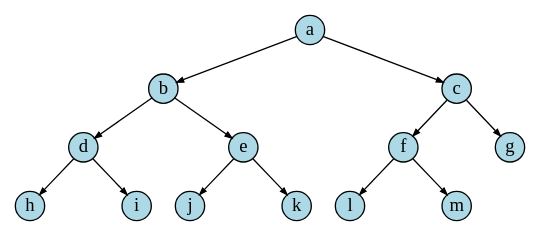
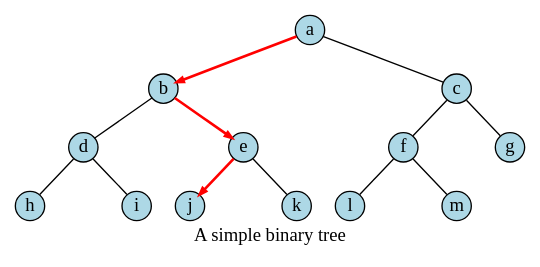
Before and after one commit to DaveParillo/intermediate-cpp: the second of 3 diagrams in _sources/containers/associative-containers.rst, drawn with Graphviz. The commit also changed other lines of this file, not shown here.

Commit message:
added bin tree examples (incomplete)

```diff
--- a/_sources/containers/associative-containers.rst
+++ b/_sources/containers/associative-containers.rst
@@ -142,26 +129,33 @@
 .. digraph:: larger
+   :alt: A tree of height 4
 
-   graph[nodesep=0.25, ranksep=0.3, splines=line];
+   graph [
+          nodesep=0.25, ranksep=0.3, splines=line;
+          labelloc=b;
+          label="A simple binary tree";
+       ];
    node [fontname = "Bitstream Vera Sans", fontsize=14,
          style=filled, fillcolor=lightblue,
          shape=circle, fixedsize=true, width=0.3];
-   edge [weight=1, arrowsize=0.5];
+   edge [weight=1, arrowsize=0.5, dir=none];
 
    a, b, am, c, d, bm, e, f, cm, g, h, dm, i, j, em, k, l, fm, m;
    am, bm, cm, dm, em, fm [style=invis, label=""];
 
-   a->b,c;
+   a->b [color=red, penwidth=2, dir=forward];
+   a->c;
    b->d [weight=2]; // nudge b: trees b & c are not balanced
-   b->e;
+   b->e [color=red, penwidth=2, dir=forward];
    c->f,g;
    d->h,i;
-   e->j,k;
+   e->j [color=red, penwidth=2, dir=forward];
+   e->k;
    f->l,m;
 
    edge [style=invis, weight=100];
    d->dm; 
    e->em;
    b->bm;
    f->fm;
    c->cm;
    a->am;
```
